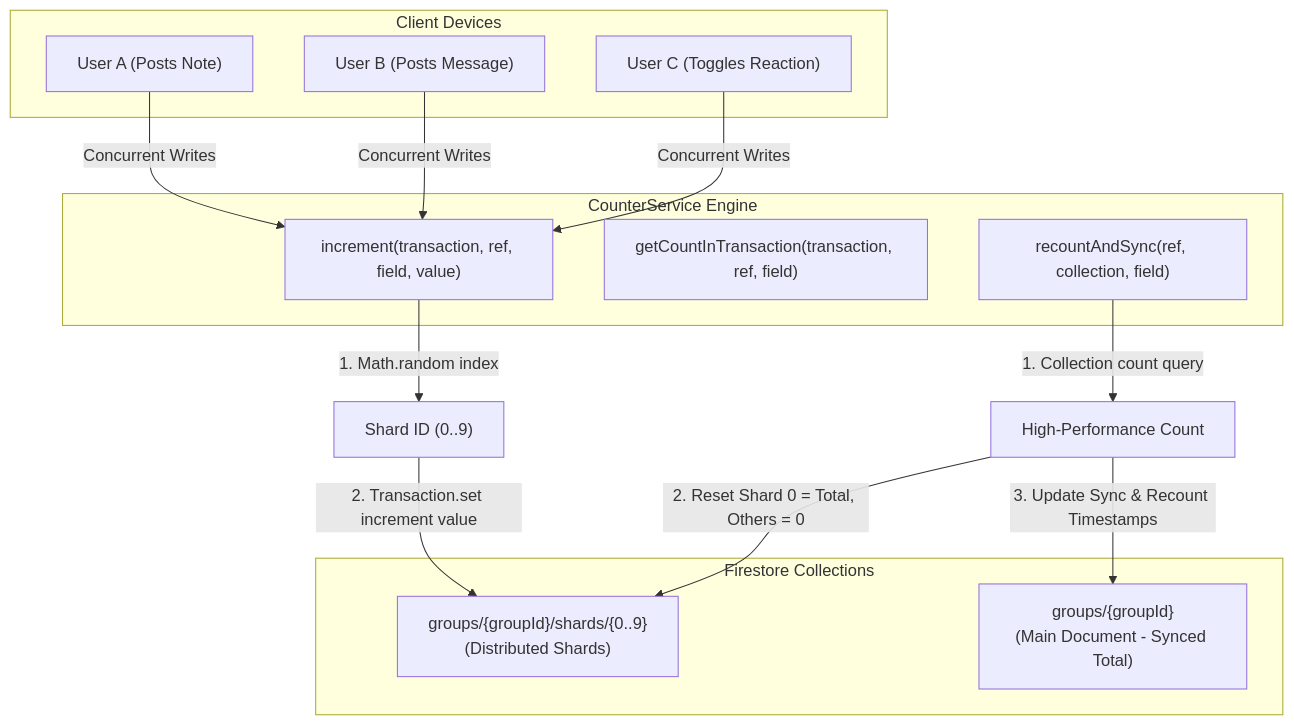
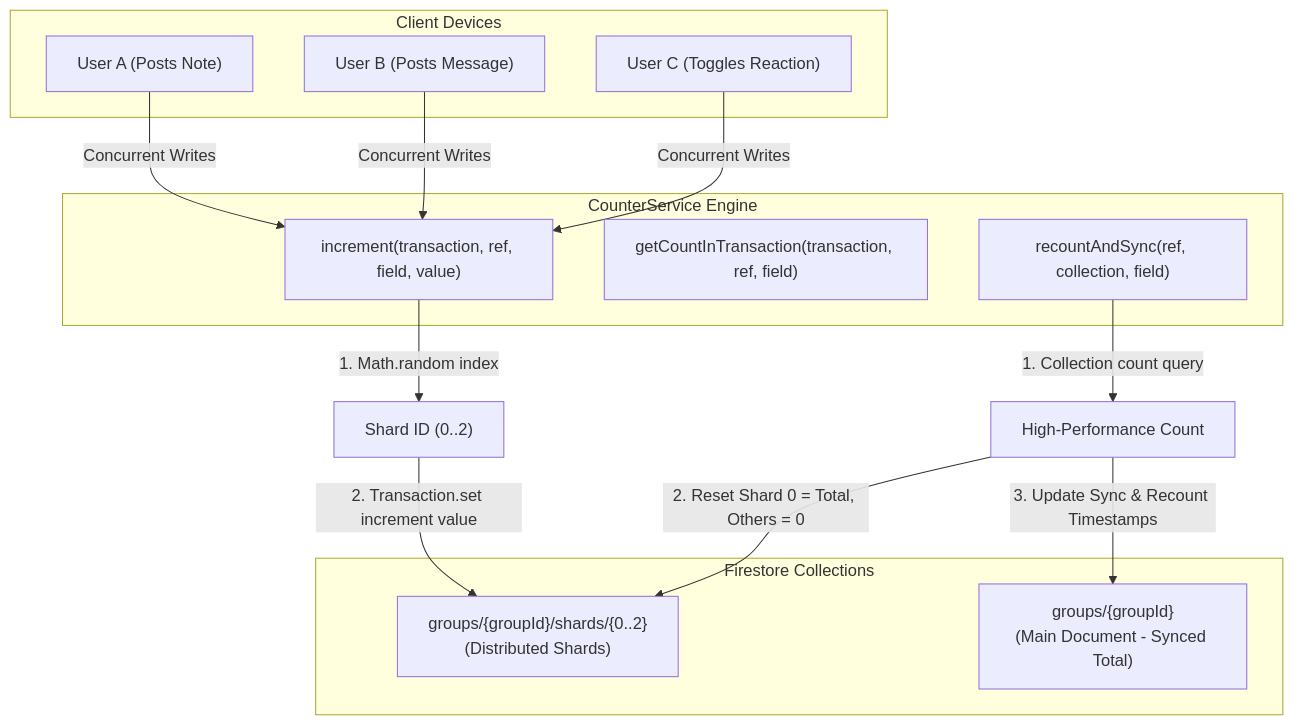
The first of 2 diagrams in docs/details/firestore-transactions-counters.md (ScriptureHabit/scripture-habit), drawn with Mermaid before and after one commit. The commit also changed other lines of this file and 57 other files, not shown here.

````diff
--- a/docs/details/firestore-transactions-counters.md
+++ b/docs/details/firestore-transactions-counters.md
@@ -9,27 +9,27 @@
 ```mermaid
 flowchart TD
     subgraph Client ["Client Devices"]
         C1["User A (Posts Note)"]
         C2["User B (Posts Message)"]
         C3["User C (Toggles Reaction)"]
     end
 
     subgraph Service ["CounterService Engine"]
         Inc["increment(transaction, ref, field, value)"]
         Get["getCountInTransaction(transaction, ref, field)"]
         Recount["recountAndSync(ref, collection, field)"]
     end
 
     subgraph Firestore ["Firestore Collections"]
         Group["groups/{groupId}\n(Main Document - Synced Total)"]
-        shards["groups/{groupId}/shards/{0..9}\n(Distributed Shards)"]
+        shards["groups/{groupId}/shards/{0..2}\n(Distributed Shards)"]
     end
 
     C1 & C2 & C3 -->|Concurrent Writes| Inc
-    Inc -->|1. Math.random index| ShardID["Shard ID (0..9)"]
+    Inc -->|1. Math.random index| ShardID["Shard ID (0..2)"]
     ShardID -->|2. Transaction.set increment value| shards
     
     Recount -->|1. Collection count query| dbCount["High-Performance Count"]
     dbCount -->|2. Reset Shard 0 = Total, Others = 0| shards
     dbCount -->|3. Update Sync & Recount Timestamps| Group
 ```
````
